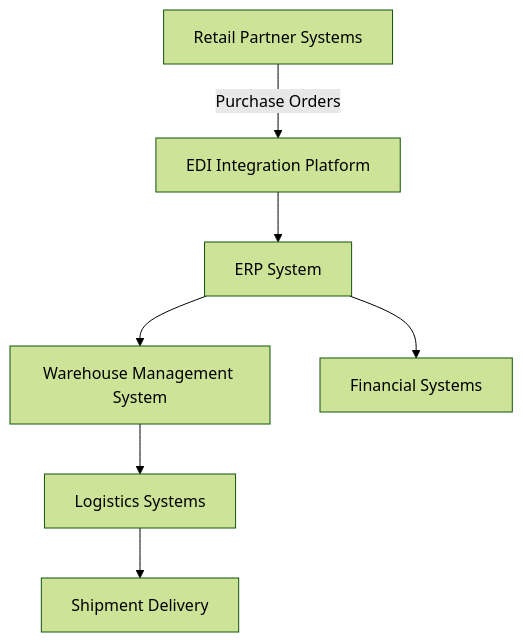
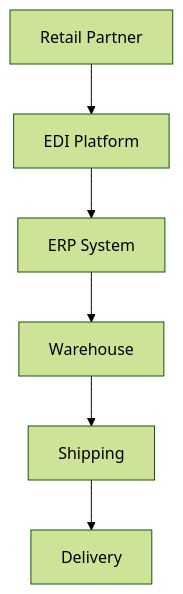
One commit to gthreats/wholesale-operations-management-framework changed the diagram in 10_Operations_Visuals/Wholesale_System_Architecture.md. Above: the diagram before and after it, drawn with Mermaid (forest theme). The commit also changed other lines of this file, not shown here.

````diff
--- a/10_Operations_Visuals/Wholesale_System_Architecture.md
+++ b/10_Operations_Visuals/Wholesale_System_Architecture.md
@@ -7,9 +5,8 @@
 ```mermaid
 flowchart TD
-A[Retail Partner Systems] -->|Purchase Orders| B[EDI Integration Platform]
+A[Retail Partner] --> B[EDI Platform]
 B --> C[ERP System]
-C --> D[Warehouse Management System]
-C --> E[Financial Systems]
-D --> F[Logistics Systems]
-F --> G[Shipment Delivery]
+C --> D[Warehouse]
+D --> E[Shipping]
+E --> F[Delivery]
 ```
````
